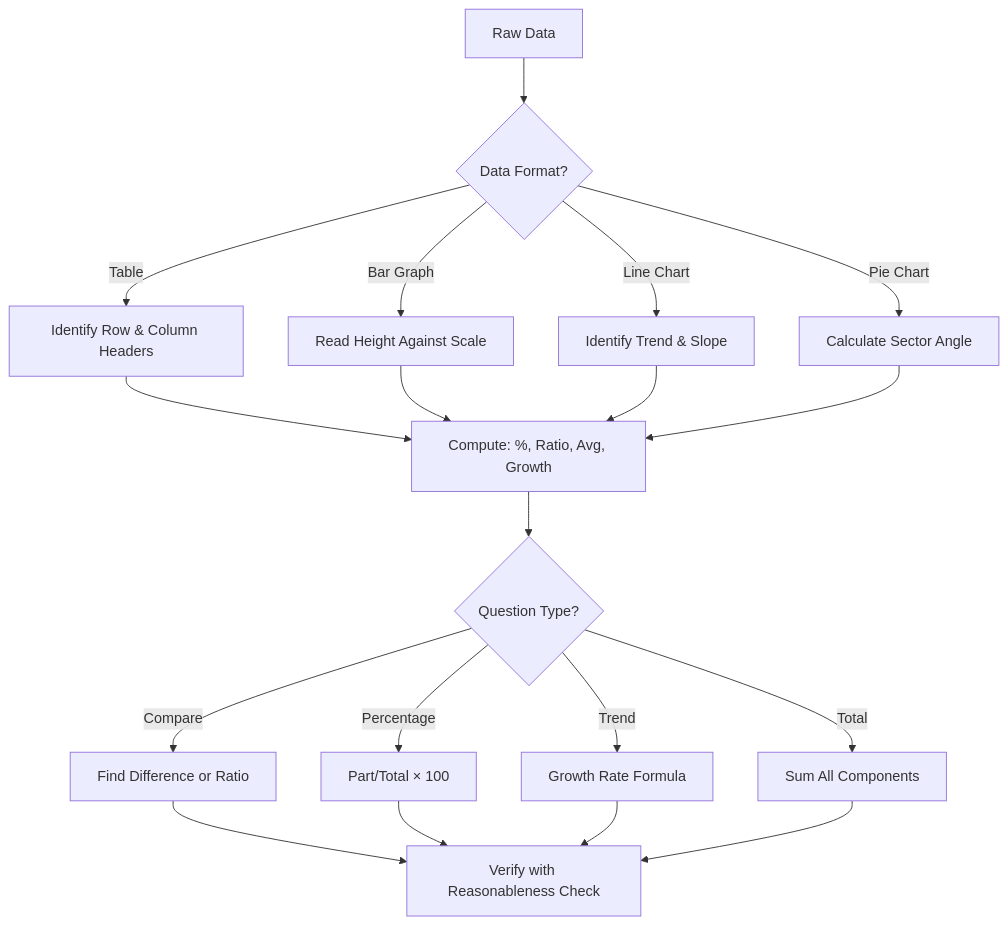
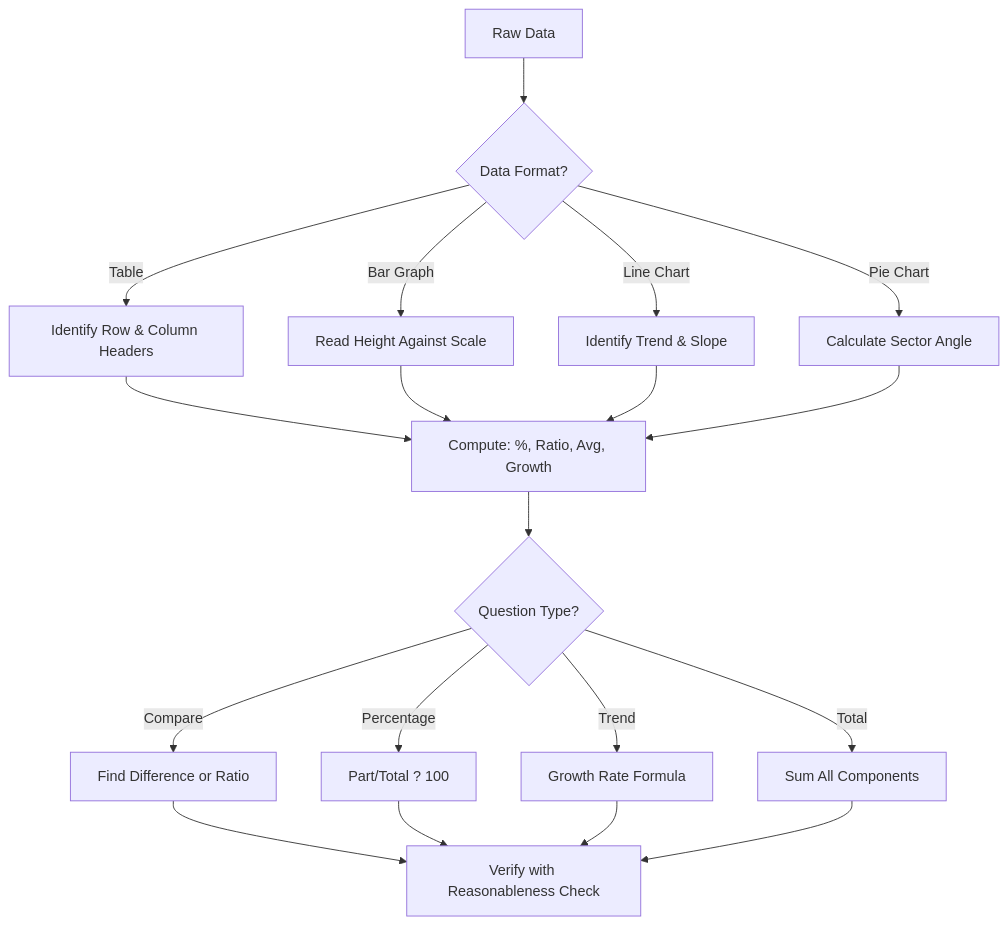
One commit to Raushan666java/ai-engineering-journey changed the second of 2 diagrams in docs/courses/general-aptitude/04-data-interpretation.md. Above: the diagram before and after it, drawn with Mermaid. The commit also changed other lines of this file and 790 other files, not shown here.

Commit message:
Sync all course diagram renders and content updates

````diff
--- a/docs/courses/general-aptitude/04-data-interpretation.md
+++ b/docs/courses/general-aptitude/04-data-interpretation.md
@@ -474,16 +474,16 @@
 ```mermaid
 flowchart TD
     A[Raw Data] --> B{Data Format?}
     B -->|Table| C[Identify Row & Column Headers]
     B -->|Bar Graph| D[Read Height Against Scale]
     B -->|Line Chart| E[Identify Trend & Slope]
     B -->|Pie Chart| F[Calculate Sector Angle]
     C --> G[Compute: %, Ratio, Avg, Growth]
     D --> G; E --> G; F --> G
     G --> H{Question Type?}
     H -->|Compare| I[Find Difference or Ratio]
-    H -->|Percentage| J[Part/Total × 100]
+    H -->|Percentage| J[Part/Total ? 100]
     H -->|Trend| K[Growth Rate Formula]
     H -->|Total| L[Sum All Components]
     I & J & K & L --> M[Verify with Reasonableness Check]
 ```
````
